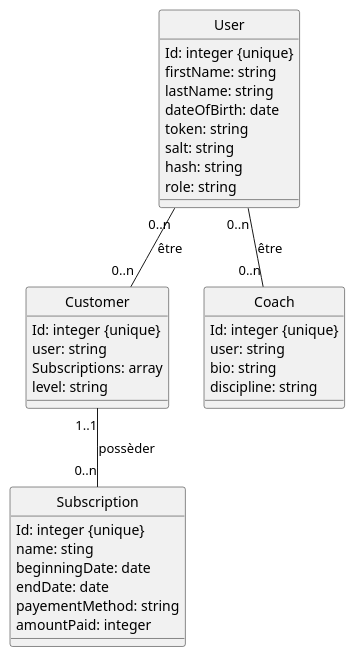
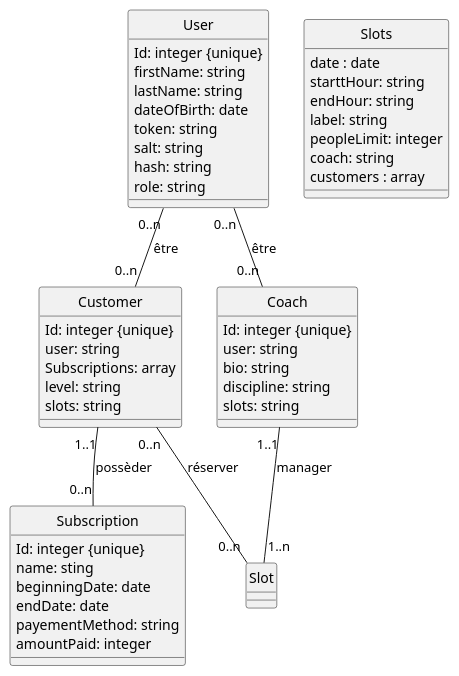
Before and after one commit to cyrisa02/BD-Mongo-Postman-Node-Express: the diagram in diagramme_classe.plantuml, drawn with PlantUML. The commit also changed 6 other files, not shown here.

```diff
--- a/diagramme_classe.plantuml
+++ b/diagramme_classe.plantuml
@@ -1,42 +1,57 @@
 @startuml
 hide circle
 
 class User {
     Id: integer {unique}
     firstName: string 
     lastName: string 
     dateOfBirth: date 
     token: string 
     salt: string 
     hash: string 
     role: string
 }
 
 class Customer {
     Id: integer {unique}
     user: string
     Subscriptions: array
     level: string
+    slots: string
 }
 
 class Coach {
     Id: integer {unique}
     user: string 
     bio: string
     discipline: string
+    slots: string
 }
 
 class Subscription {
     Id: integer {unique}
     name: sting
     beginningDate: date
     endDate: date
     payementMethod: string
     amountPaid: integer
 }
 
 
+class Slots {
+    date : date
+    starttHour: string
+    endHour: string
+    label: string
+    peopleLimit: integer
+    coach: string
+    customers : array
+
+}
+
 User "0..n" -- "0..n" Customer : être
 User "0..n" -- "0..n" Coach : être
 Customer "1..1"--"0..n" Subscription :  possèder
+Customer "0..n"--"0..n" Slot : réserver
+Coach "1..1"--"1..n" Slot : manager
 @enduml
```
